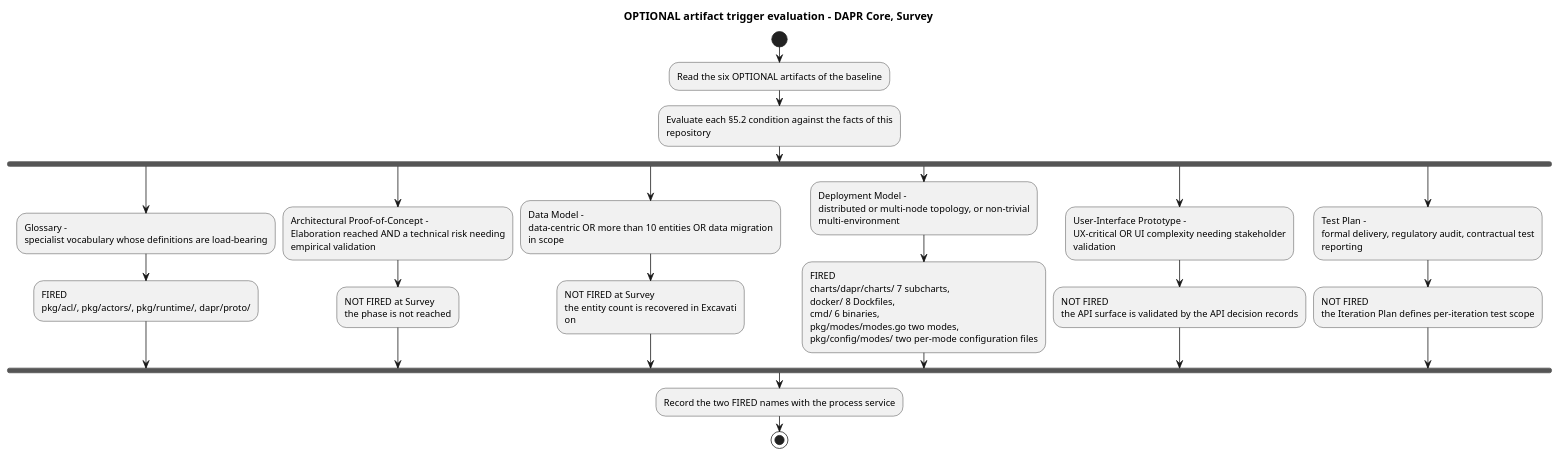
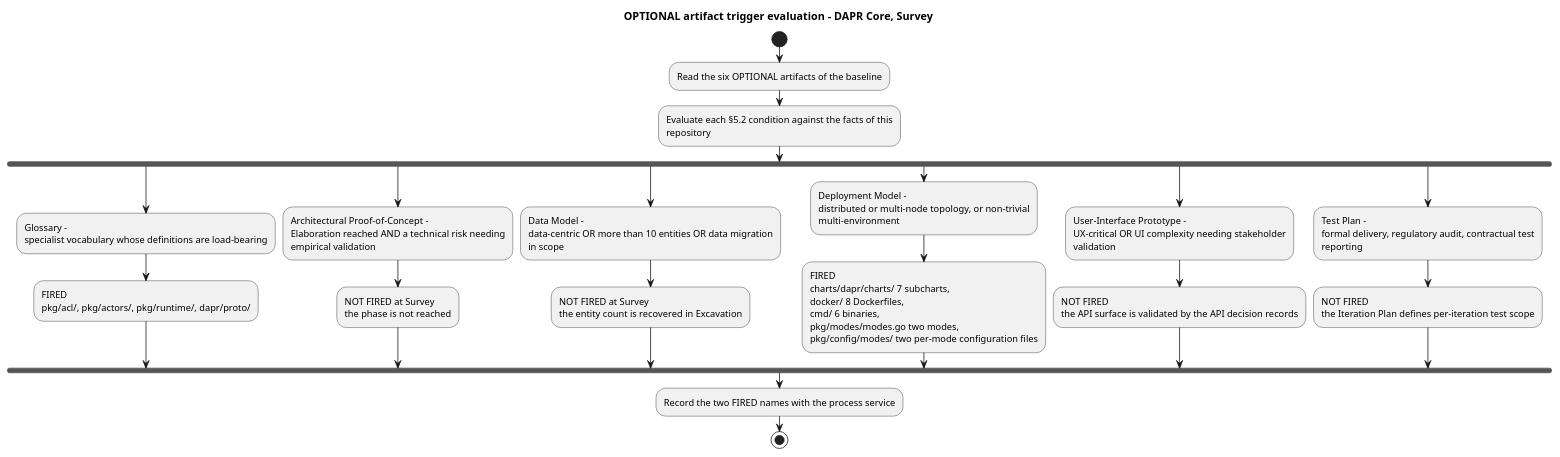
One commit to banense-test/dapr changed the third of 5 diagrams in docs/artifacts/environment/development-case.md. Above: the diagram before and after it, drawn with PlantUML. The commit also changed other lines of this file, not shown here.

Commit message:
Process Engineer [Survey3]: upsert Development Case
[skip ci]

````diff
--- a/docs/artifacts/environment/development-case.md
+++ b/docs/artifacts/environment/development-case.md
@@ -267,48 +267,47 @@
 ```plantuml
 @startuml
 title OPTIONAL artifact trigger evaluation - DAPR Core, Survey
 skinparam wrapWidth 320
 
 start
 :Read the six OPTIONAL artifacts of the baseline;
 :Evaluate each §5.2 condition against the facts of this repository;
 fork
   :Glossary -
   specialist vocabulary whose definitions are load-bearing;
   :FIRED
   pkg/acl/, pkg/actors/, pkg/runtime/, dapr/proto/;
 fork again
   :Architectural Proof-of-Concept -
   Elaboration reached AND a technical risk needing empirical validation;
   :NOT FIRED at Survey
   the phase is not reached;
 fork again
   :Data Model -
   data-centric OR more than 10 entities OR data migration in scope;
   :NOT FIRED at Survey
-  the entity count is recovered in Excavati
-  on;
+  the entity count is recovered in Excavation;
 fork again
   :Deployment Model -
   distributed or multi-node topology, or non-trivial multi-environment;
   :FIRED
   charts/dapr/charts/ 7 subcharts,
-  docker/ 8 Dockfiles,
+  docker/ 8 Dockerfiles,
   cmd/ 6 binaries,
   pkg/modes/modes.go two modes,
   pkg/config/modes/ two per-mode configuration files;
 fork again
   :User-Interface Prototype -
   UX-critical OR UI complexity needing stakeholder validation;
   :NOT FIRED
   the API surface is validated by the API decision records;
 fork again
   :Test Plan -
   formal delivery, regulatory audit, contractual test reporting;
   :NOT FIRED
   the Iteration Plan defines per-iteration test scope;
 end fork
 :Record the two FIRED names with the process service;
 stop
 @enduml
 ```
````
